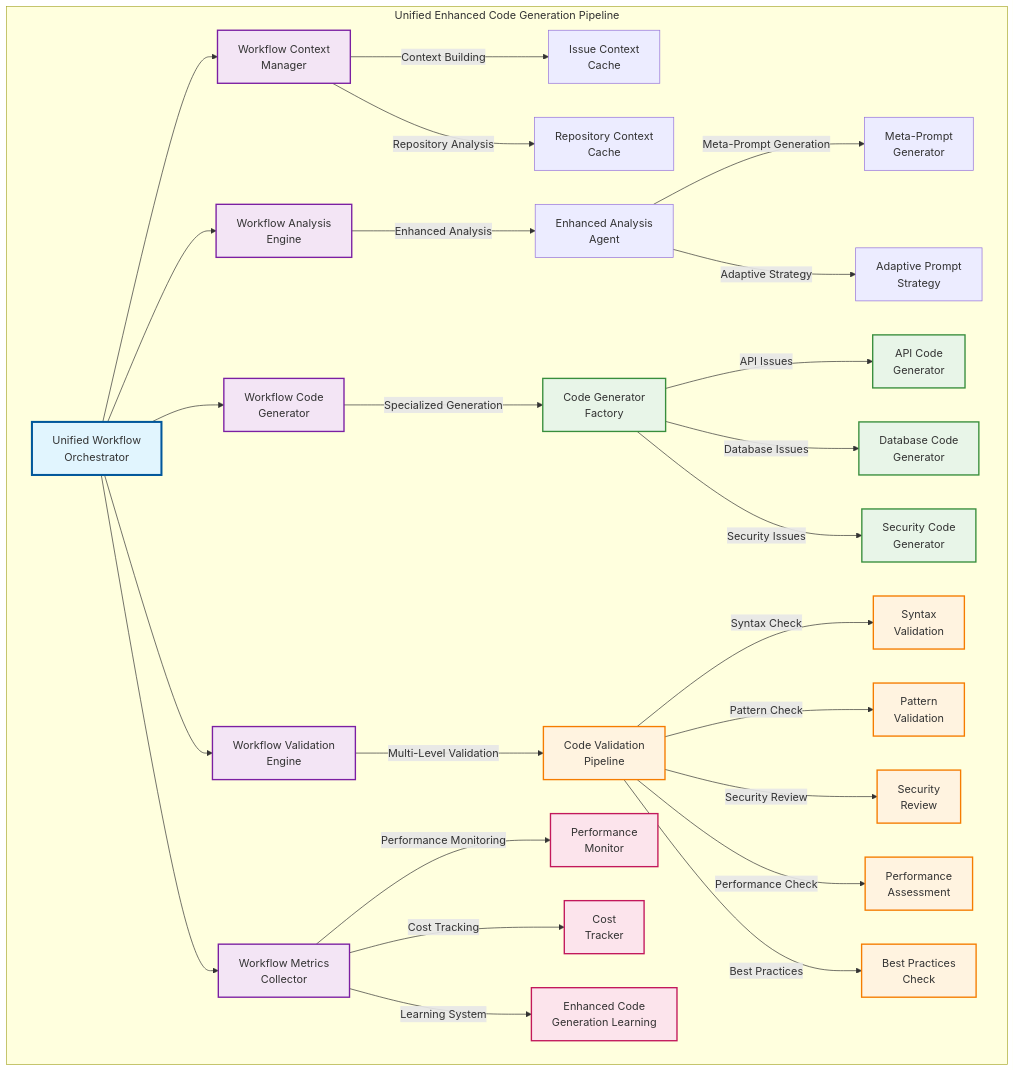
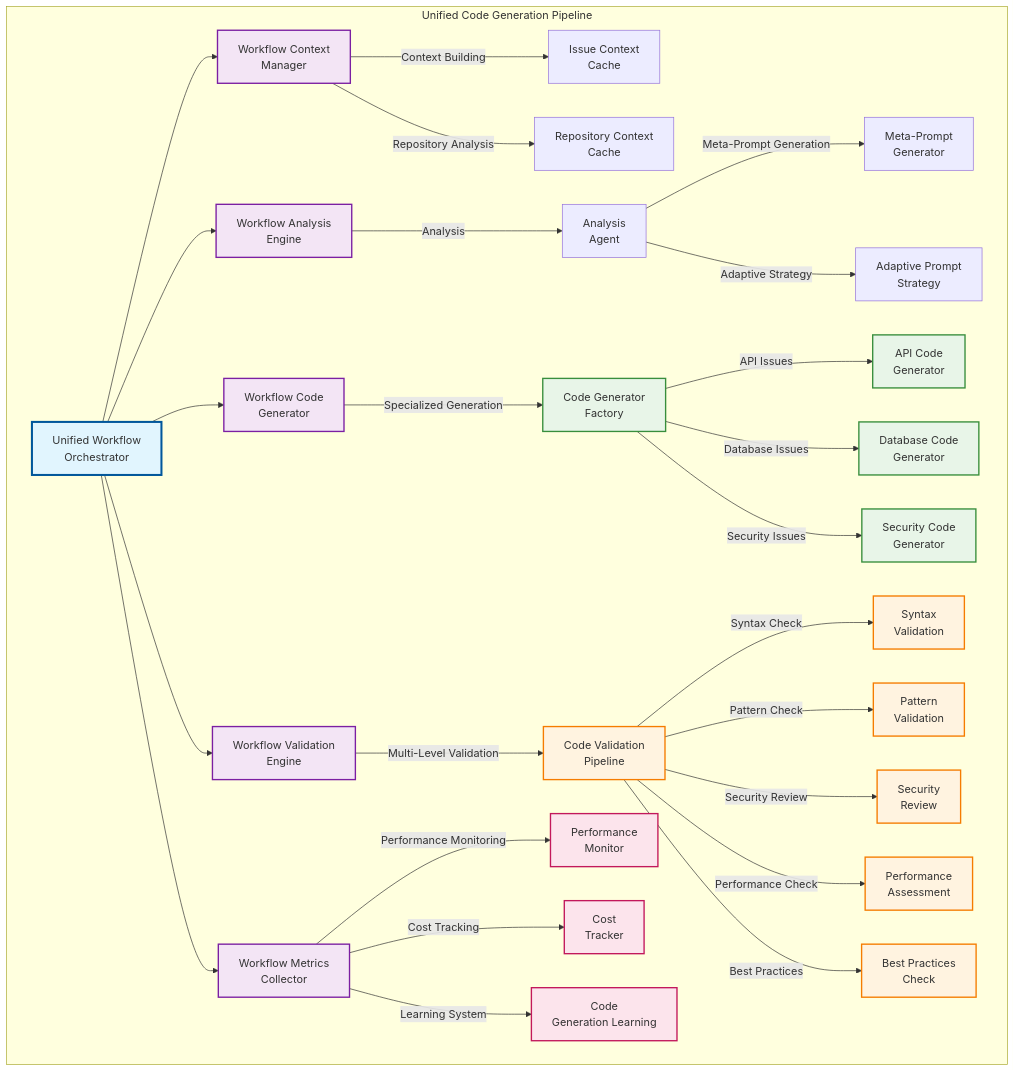
The diagram in docs/UNIFIED_ENHANCED_CODE_GENERATION.md (avivl/cloud-sre-agent), drawn with Mermaid before and after one commit. The commit also changed other lines of this file and 28 other files, not shown here.

````diff
--- a/docs/UNIFIED_ENHANCED_CODE_GENERATION.md
+++ b/docs/UNIFIED_ENHANCED_CODE_GENERATION.md
@@ -11,45 +11,45 @@
 ```mermaid
 graph TB
-    subgraph "Unified Enhanced Code Generation Pipeline"
+    subgraph "Unified Code Generation Pipeline"
         UWO[Unified Workflow<br/>Orchestrator] --> WCM[Workflow Context<br/>Manager]
         UWO --> WAE[Workflow Analysis<br/>Engine]
         UWO --> WCG[Workflow Code<br/>Generator]
         UWO --> WVE[Workflow Validation<br/>Engine]
         UWO --> WMC[Workflow Metrics<br/>Collector]
 
         WCM --> |Context Building| IC[Issue Context<br/>Cache]
         WCM --> |Repository Analysis| RC[Repository Context<br/>Cache]
 
-        WAE --> |Enhanced Analysis| EAA[Enhanced Analysis<br/>Agent]
+        WAE --> |Analysis| EAA[Analysis<br/>Agent]
         EAA --> |Meta-Prompt Generation| MPG[Meta-Prompt<br/>Generator]
         EAA --> |Adaptive Strategy| APS[Adaptive Prompt<br/>Strategy]
 
         WCG --> |Specialized Generation| CGF[Code Generator<br/>Factory]
         CGF --> |API Issues| APIG[API Code<br/>Generator]
         CGF --> |Database Issues| DBG[Database Code<br/>Generator]
         CGF --> |Security Issues| SECG[Security Code<br/>Generator]
 
         WVE --> |Multi-Level Validation| CVP[Code Validation<br/>Pipeline]
         CVP --> |Syntax Check| SYN[Syntax<br/>Validation]
         CVP --> |Pattern Check| PAT[Pattern<br/>Validation]
         CVP --> |Security Review| SEC[Security<br/>Review]
         CVP --> |Performance Check| PERF[Performance<br/>Assessment]
         CVP --> |Best Practices| BP[Best Practices<br/>Check]
 
         WMC --> |Performance Monitoring| PM[Performance<br/>Monitor]
         WMC --> |Cost Tracking| CT[Cost<br/>Tracker]
-        WMC --> |Learning System| ECL[Enhanced Code<br/>Generation Learning]
+        WMC --> |Learning System| ECL[Code<br/>Generation Learning]
     end
 
     classDef orchestrator fill:#e1f5fe,stroke:#01579b,stroke-width:3px
     classDef workflow fill:#f3e5f5,stroke:#7b1fa2,stroke-width:2px
     classDef generator fill:#e8f5e8,stroke:#388e3c,stroke-width:2px
     classDef validation fill:#fff3e0,stroke:#f57c00,stroke-width:2px
     classDef monitoring fill:#fce4ec,stroke:#c2185b,stroke-width:2px
 
     class UWO orchestrator
     class WCM,WAE,WCG,WVE,WMC workflow
     class CGF,APIG,DBG,SECG generator
     class CVP,SYN,PAT,SEC,PERF,BP validation
     class PM,CT,ECL monitoring
 ```
````
